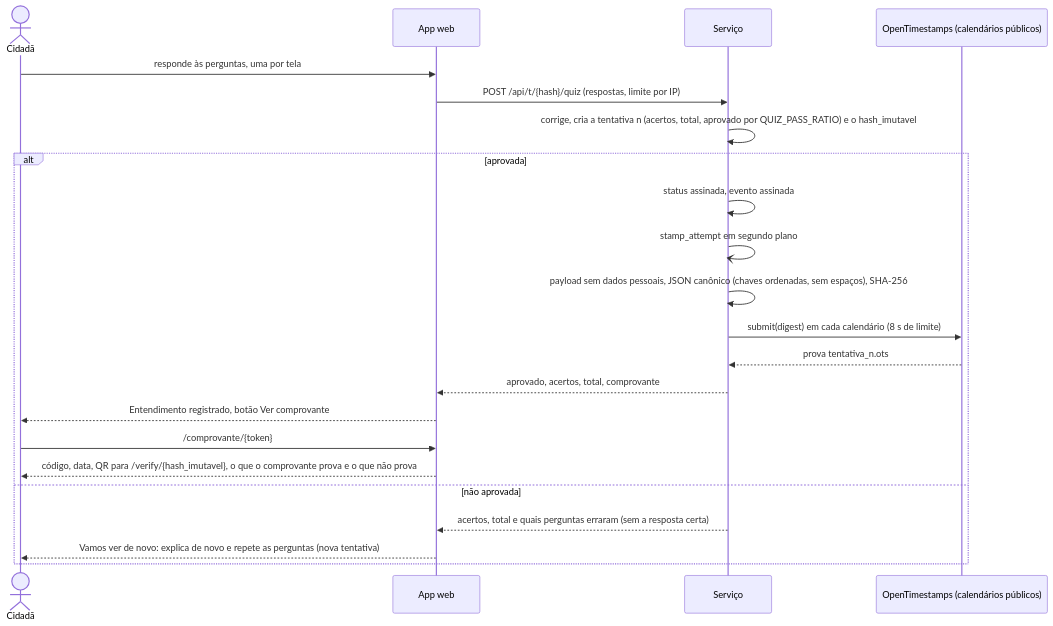
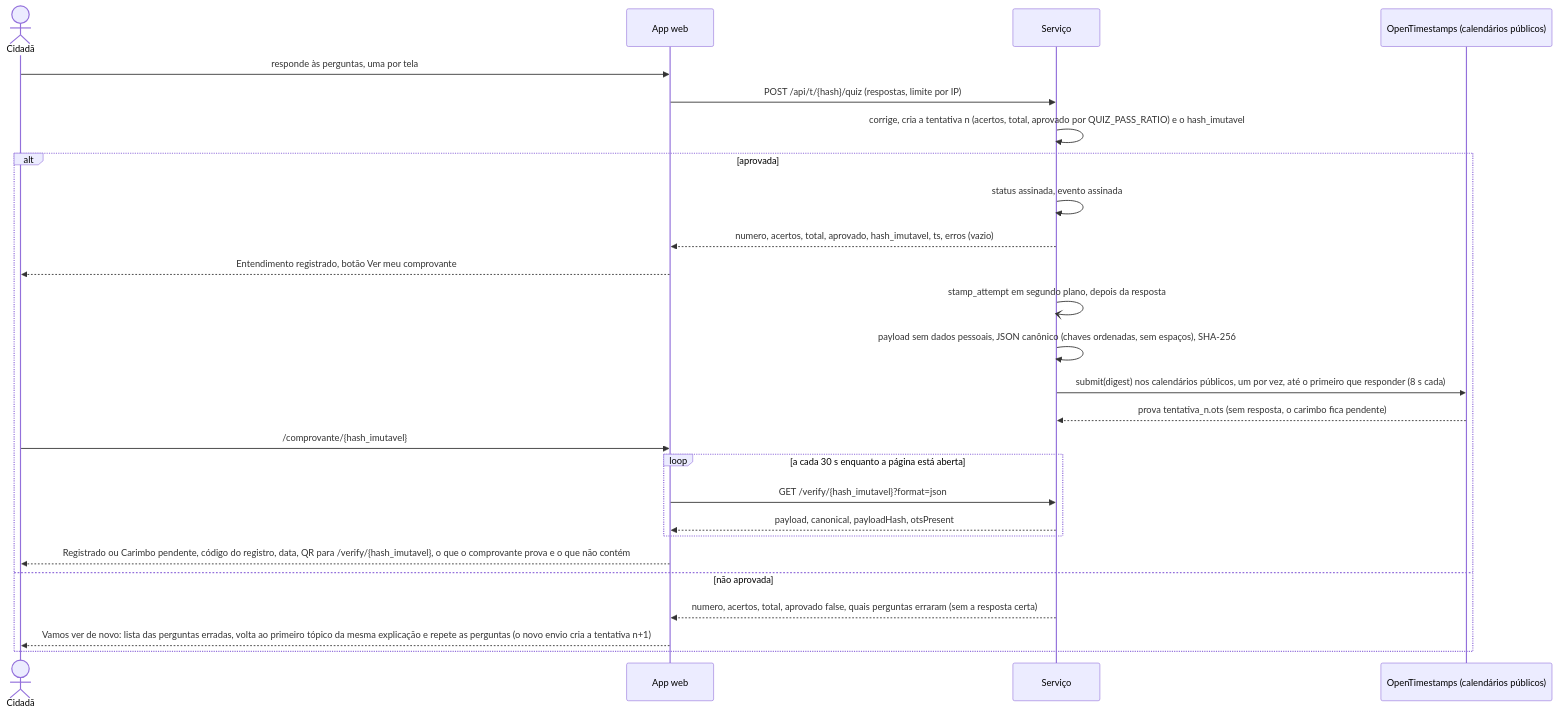
Before and after one commit to deegalabs/leia: the seventh of 10 diagrams in apps/web/content/docs/USE-CASES.md, drawn with Mermaid. The commit also changed other lines of this file and 4 other files, not shown here.

````diff
--- a/apps/web/content/docs/USE-CASES.md
+++ b/apps/web/content/docs/USE-CASES.md
@@ -195,24 +202,28 @@
 ```mermaid
 sequenceDiagram
   actor C as Cidadã
   participant W as App web
   participant S as Serviço
   participant O as OpenTimestamps (calendários públicos)
   C->>W: responde às perguntas, uma por tela
   W->>S: POST /api/t/{hash}/quiz (respostas, limite por IP)
   S->>S: corrige, cria a tentativa n (acertos, total, aprovado por QUIZ_PASS_RATIO) e o hash_imutavel
   alt aprovada
     S->>S: status assinada, evento assinada
-    S-)S: stamp_attempt em segundo plano
+    S-->>W: numero, acertos, total, aprovado, hash_imutavel, ts, erros (vazio)
+    W-->>C: Entendimento registrado, botão Ver meu comprovante
+    S-)S: stamp_attempt em segundo plano, depois da resposta
     S->>S: payload sem dados pessoais, JSON canônico (chaves ordenadas, sem espaços), SHA-256
-    S->>O: submit(digest) em cada calendário (8 s de limite)
-    O-->>S: prova tentativa_n.ots
-    S-->>W: aprovado, acertos, total, comprovante
-    W-->>C: Entendimento registrado, botão Ver comprovante
-    C->>W: /comprovante/{token}
-    W-->>C: código, data, QR para /verify/{hash_imutavel}, o que o comprovante prova e o que não prova
+    S->>O: submit(digest) nos calendários públicos, um por vez, até o primeiro que responder (8 s cada)
+    O-->>S: prova tentativa_n.ots (sem resposta, o carimbo fica pendente)
+    C->>W: /comprovante/{hash_imutavel}
+    loop a cada 30 s enquanto a página está aberta
+      W->>S: GET /verify/{hash_imutavel}?format=json
+      S-->>W: payload, canonical, payloadHash, otsPresent
+    end
+    W-->>C: Registrado ou Carimbo pendente, código do registro, data, QR para /verify/{hash_imutavel}, o que o comprovante prova e o que não contém
   else não aprovada
-    S-->>W: acertos, total e quais perguntas erraram (sem a resposta certa)
-    W-->>C: Vamos ver de novo: explica de novo e repete as perguntas (nova tentativa)
+    S-->>W: numero, acertos, total, aprovado false, quais perguntas erraram (sem a resposta certa)
+    W-->>C: Vamos ver de novo: lista das perguntas erradas, volta ao primeiro tópico da mesma explicação e repete as perguntas (o novo envio cria a tentativa n+1)
   end
 ```
````
